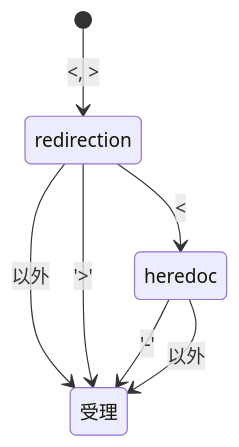
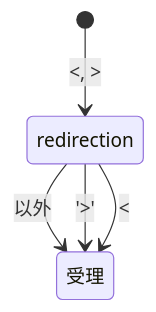
The third of 13 diagrams in docs/design_lexical_analyze.md (PalmNeko/minishell), drawn with Mermaid before and after one commit. The commit also changed other lines of this file, not shown here.

````diff
--- a/docs/design_lexical_analyze.md
+++ b/docs/design_lexical_analyze.md
@@ -86,9 +76,7 @@
 ```mermaid
 stateDiagram-v2
 	[*] --> redirection: <, >
 	redirection --> 受理: 以外
 	redirection --> 受理: '>'
-	redirection --> heredoc: <
-	heredoc --> 受理: '-'
-	heredoc --> 受理: 以外
+	redirection --> 受理: <
 ```
````
